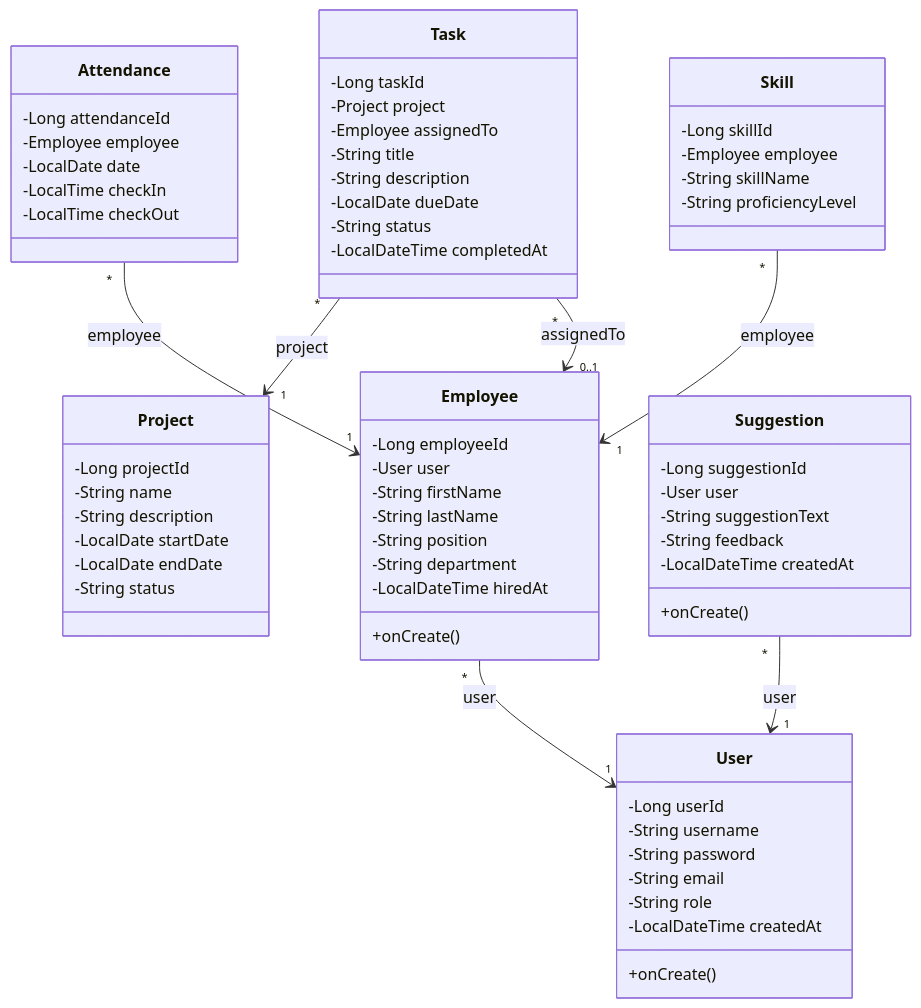
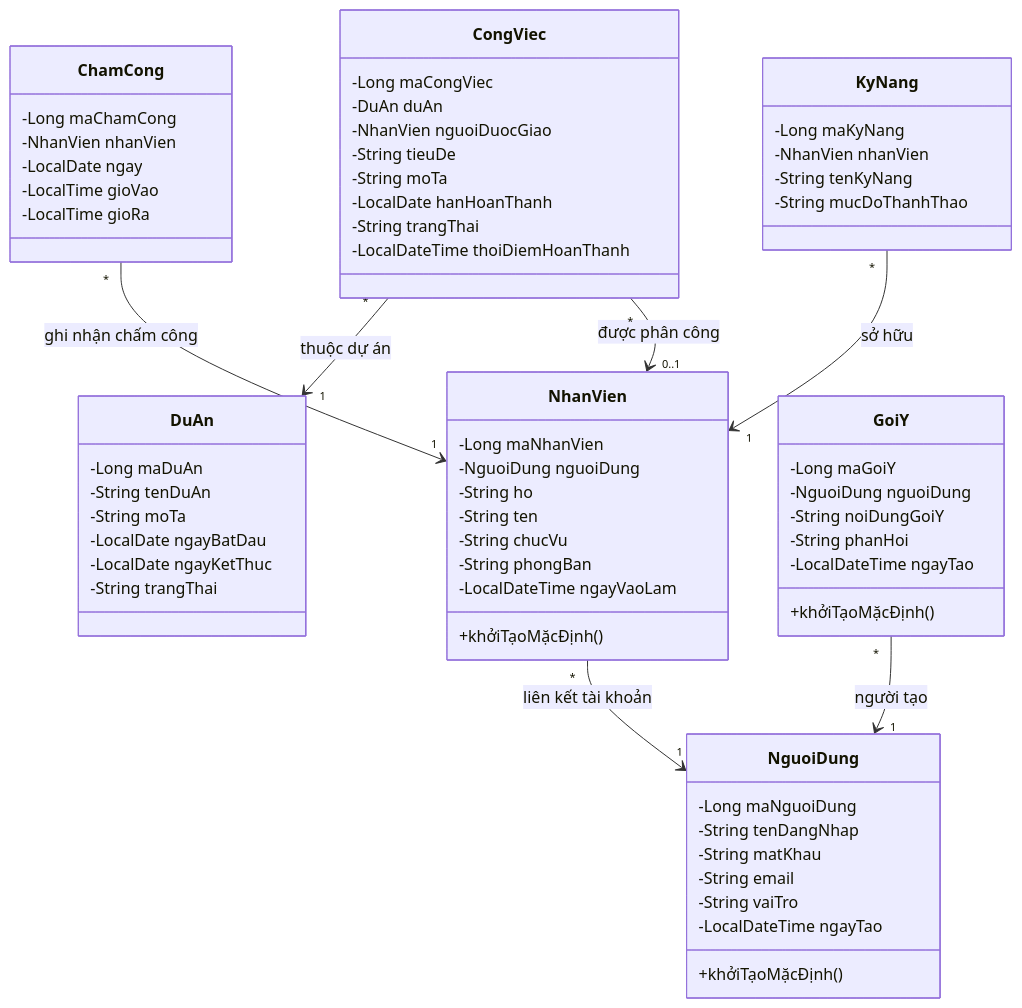
One commit to nhathao428/taskhub changed the fifth of 17 diagrams in docs/UML_DIAGRAMS.md. Above: the diagram before and after it, drawn with Mermaid. The commit also changed other lines of this file, not shown here.

Commit message:
Cập nhật Class Diagram sang tiếng Việt thuần trong UML_DIAGRAMS.md
Agent-Logs-Url: https://github.com/nhathao428/task-management-system/sessions/004272cd-a912-43c7-ad1a-1c938262bbec

````diff
--- a/docs/UML_DIAGRAMS.md
+++ b/docs/UML_DIAGRAMS.md
@@ -100,74 +100,74 @@
 ```mermaid
 classDiagram
-    class User {
-        -Long userId
-        -String username
-        -String password
+    class NguoiDung {
+        -Long maNguoiDung
+        -String tenDangNhap
+        -String matKhau
         -String email
-        -String role
-        -LocalDateTime createdAt
-        +onCreate()
+        -String vaiTro
+        -LocalDateTime ngayTao
+        +khởiTạoMặcĐịnh()
     }
 
-    class Employee {
-        -Long employeeId
-        -User user
-        -String firstName
-        -String lastName
-        -String position
-        -String department
-        -LocalDateTime hiredAt
-        +onCreate()
+    class NhanVien {
+        -Long maNhanVien
+        -NguoiDung nguoiDung
+        -String ho
+        -String ten
+        -String chucVu
+        -String phongBan
+        -LocalDateTime ngayVaoLam
+        +khởiTạoMặcĐịnh()
     }
 
-    class Project {
-        -Long projectId
-        -String name
-        -String description
-        -LocalDate startDate
-        -LocalDate endDate
-        -String status
+    class DuAn {
+        -Long maDuAn
+        -String tenDuAn
+        -String moTa
+        -LocalDate ngayBatDau
+        -LocalDate ngayKetThuc
+        -String trangThai
     }
 
-    class Task {
-        -Long taskId
-        -Project project
-        -Employee assignedTo
-        -String title
-        -String description
-        -LocalDate dueDate
-        -String status
-        -LocalDateTime completedAt
+    class CongViec {
+        -Long maCongViec
+        -DuAn duAn
+        -NhanVien nguoiDuocGiao
+        -String tieuDe
+        -String moTa
+        -LocalDate hanHoanThanh
+        -String trangThai
+        -LocalDateTime thoiDiemHoanThanh
     }
 
-    class Attendance {
-        -Long attendanceId
-        -Employee employee
-        -LocalDate date
-        -LocalTime checkIn
-        -LocalTime checkOut
+    class ChamCong {
+        -Long maChamCong
+        -NhanVien nhanVien
+        -LocalDate ngay
+        -LocalTime gioVao
+        -LocalTime gioRa
     }
 
-    class Skill {
-        -Long skillId
-        -Employee employee
-        -String skillName
-        -String proficiencyLevel
+    class KyNang {
+        -Long maKyNang
+        -NhanVien nhanVien
+        -String tenKyNang
+        -String mucDoThanhThao
     }
 
-    class Suggestion {
-        -Long suggestionId
-        -User user
-        -String suggestionText
-        -String feedback
-        -LocalDateTime createdAt
-        +onCreate()
+    class GoiY {
+        -Long maGoiY
+        -NguoiDung nguoiDung
+        -String noiDungGoiY
+        -String phanHoi
+        -LocalDateTime ngayTao
+        +khởiTạoMặcĐịnh()
     }
 
-    Employee "*" --> "1" User : user
-    Task "*" --> "1" Project : project
-    Task "*" --> "0..1" Employee : assignedTo
-    Attendance "*" --> "1" Employee : employee
-    Skill "*" --> "1" Employee : employee
-    Suggestion "*" --> "1" User : user
+    NhanVien "*" --> "1" NguoiDung : liên kết tài khoản
+    CongViec "*" --> "1" DuAn : thuộc dự án
+    CongViec "*" --> "0..1" NhanVien : được phân công
+    ChamCong "*" --> "1" NhanVien : ghi nhận chấm công
+    KyNang "*" --> "1" NhanVien : sở hữu
+    GoiY "*" --> "1" NguoiDung : người tạo
 ```
````
